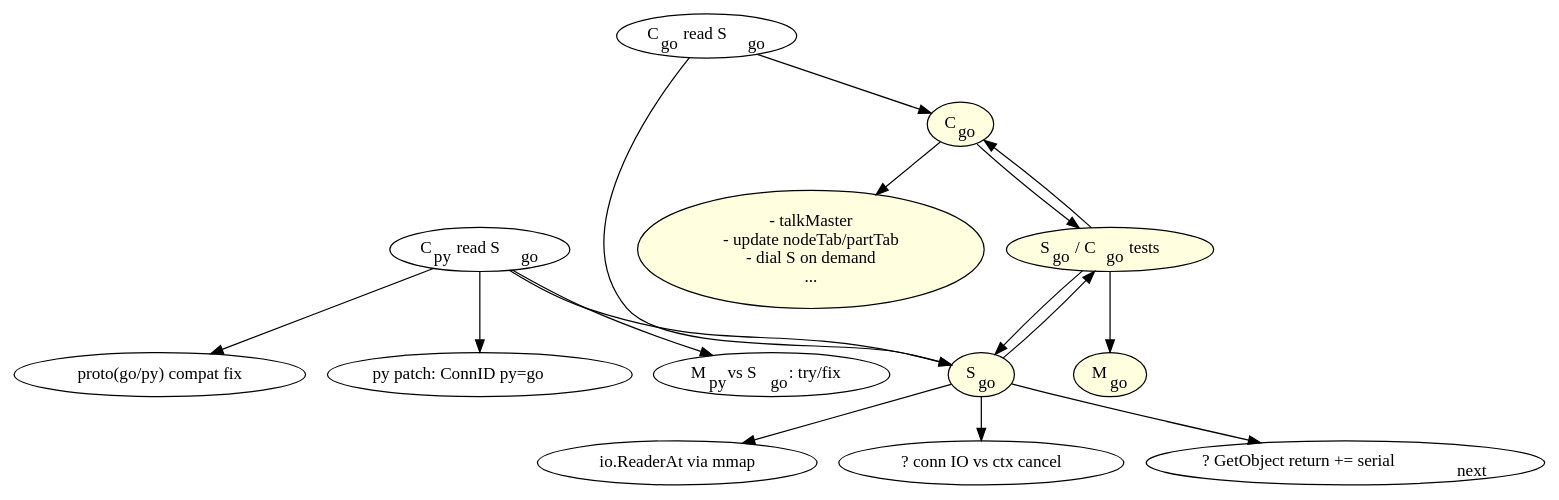
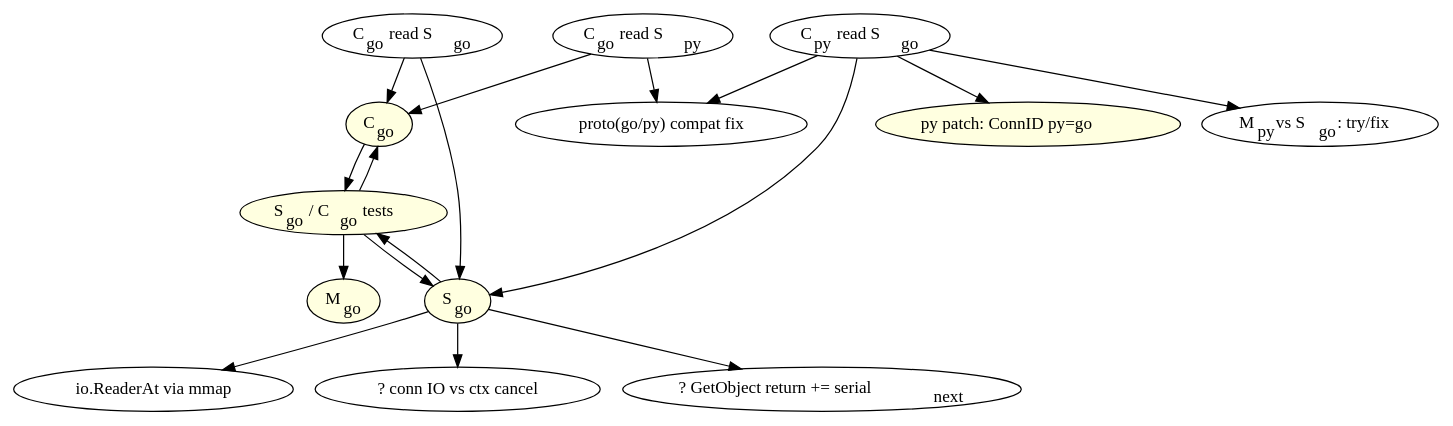
Before and after one commit to Nexedi/neoppod: the diagram in go/todo.dot, drawn with Graphviz. The commit also changed 1 other file, not shown here.

```diff
--- a/go/todo.dot
+++ b/go/todo.dot
@@ -1,38 +1,41 @@
 digraph {
 	Cgo -> SCgo_t;
 	Sgo -> SCgo_t;
 
 	SCgo_t -> Mgo;
 	SCgo_t -> Sgo;
 	SCgo_t -> Cgo;
 
 	Sgo -> Mmap_go;
 	Sgo -> io_cancel;
 	Sgo -> load_serial_next;
 
-	Cgo -> Cgo_tasks;
-
 	Cpy_r_Sgo -> Sgo;
 	Cpy_r_Sgo -> Protog_fix;
 	Cpy_r_Sgo -> Cpy_patch;
 	Cpy_r_Sgo -> Mpy_vs_Sgo;
 
 	Cgo_r_Sgo -> Cgo;
 	Cgo_r_Sgo -> Sgo;		
 
+	Cgo_r_Spy -> Cgo;
+	Cgo_r_Spy -> Protog_fix;
+
 	Cgo		[label=<C<sub>go</sub>> style=filled fillcolor=lightyellow];
 	Sgo		[label=<S<sub>go</sub>> style=filled fillcolor=lightyellow];
 	Mgo		[label=<M<sub>go</sub>> style=filled fillcolor=lightyellow];
 	SCgo_t		[label=<S<sub>go</sub>  / C<sub>go</sub>  tests> style=filled fillcolor=lightyellow];
 	Cpy_r_Sgo	[label=<C<sub>py</sub>  read S<sub>go</sub>>];
 	Cgo_r_Sgo	[label=<C<sub>go</sub>  read S<sub>go</sub>>];
-	Cpy_patch	[label=<py patch: ConnID py=go>];	// C<sub>py</sub>  patch for ConnID interop. with S<sub>go</sub>>];
+	Cgo_r_Spy	[label=<C<sub>go</sub>  read S<sub>py</sub>>];
+	Cpy_patch	[label=<py patch: ConnID py=go> style=filled fillcolor=lightyellow];	// C<sub>py</sub>  patch for ConnID interop. with S<sub>go</sub>>];
 	Mmap_go		[label="io.ReaderAt via mmap"];
 	Protog_fix	[label="proto(go/py) compat fix"];
 	Mpy_vs_Sgo	[label=<M<sub>py</sub> vs S<sub>go</sub>: try/fix>];
 
 	io_cancel		[label="? conn IO vs ctx cancel"];
 	load_serial_next	[label=<? GetObject return += serial<sub>next</sub>>];
 
-	Cgo_tasks	[label="- talkMaster\n- update nodeTab/partTab\n- dial S on demand\n..." style=filled fillcolor=lightyellow];
+	//Cgo -> Cgo_tasks;
+	//Cgo_tasks	[label="- talkMaster\n- update nodeTab/partTab\n- dial S on demand\n..." style=filled fillcolor=lightyellow];
 }
```
